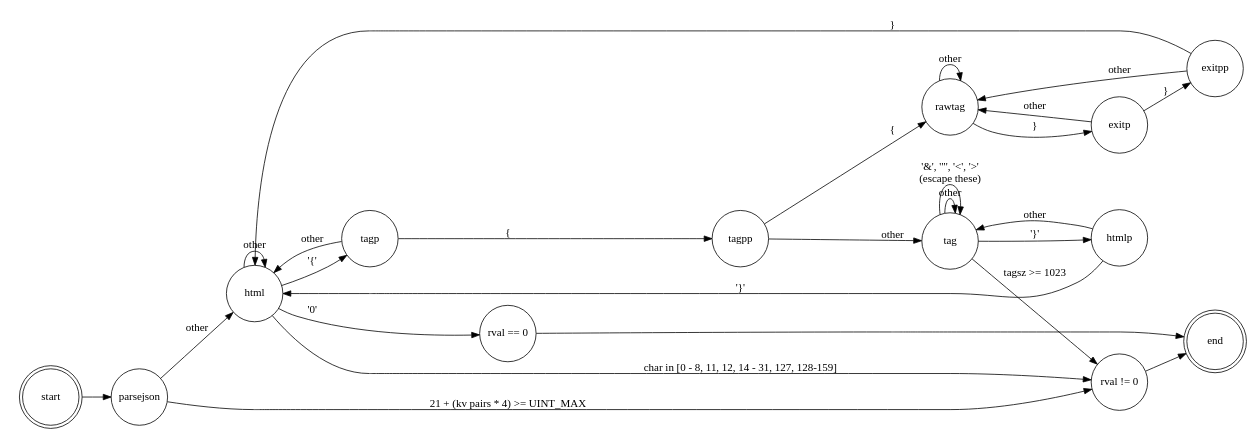
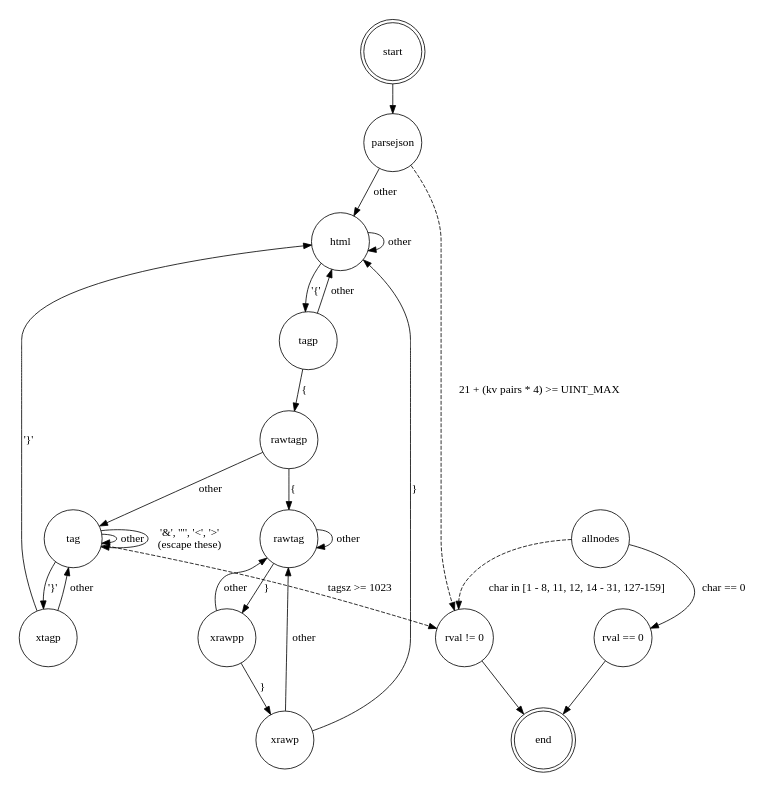
Before and after one commit to mbucc/cmustache: the diagram in doc/state.dot, drawn with Graphviz. The commit also changed 6 other files, not shown here.

```diff
--- a/doc/state.dot
+++ b/doc/state.dot
@@ -1,44 +1,44 @@
 digraph State {
-	rankdir=LR;
 	size="8,5"
+	#rankdir=LR;
 	node [shape = doublecircle,width=1,fixedsize=true]; start, end;
 	node [shape = circle,width=1,fixedsize=true];
-
 	start		-> parsejson;
 
 	parsejson	-> html		[label = "other" ];
-	parsejson	-> "rval != 0"	[label = "21 + (kv pairs * 4) >= UINT_MAX" ];
+	parsejson	-> "rval != 0"	[label = "21 + (kv pairs * 4) >= UINT_MAX",style=dashed ];
 
 	html		-> tagp		[ label = "'{'" ];
 	html		-> html			[ label = "other" ];
-	html		-> "rval == 0"		[ label = "'\0'" ];
-	html 	-> "rval != 0"		[ label = "char in [0 - 8, 11, 12, 14 - 31, 127, 128-159]" ];
 
-	tagp		-> tagpp			[label = "{" ];
+	tagp		-> rawtagp		[label = "{" ];
 	tagp		-> html			[label = "other" ];
 
-	tagpp	-> rawtag			[label = "{" ];
-	tagpp	-> tag			[label = "other" ];
+	rawtagp	-> rawtag			[label = "{" ];
+	rawtagp	-> tag			[label = "other" ];
 
-	htmlp		-> html			[ label = "'}'" ];
-	htmlp		-> tag			[label = "other" ];
+	xtagp		-> html			[ label = "'}'" ];
+	xtagp		-> tag			[label = "other" ];
 
-	rawtag	-> exitp		[label = "}" ];
+	rawtag	-> xrawpp		[label = "}" ];
 	rawtag	-> rawtag		[label = "other" ];
 
-	exitp		-> exitpp		[label = "}" ];
-	exitp		-> rawtag		[label = "other" ];
+	xrawpp		-> xrawp		[label = "}" ];
+	xrawpp		-> rawtag		[label = "other" ];
 
-	exitpp	-> html		[label = "}" ];
-	exitpp	-> rawtag		[label = "other" ];
+	xrawp	-> html		[label = "}" ];
+	xrawp	-> rawtag		[label = "other" ];
 
-	tag		-> htmlp		[ label = "'}'" ];
-	tag		-> "rval != 0"		[ label = "tagsz >= 1023" ];
+	tag		-> xtagp		[ label = "'}'" ];
+	tag		-> "rval != 0"		[ label = "tagsz >= 1023",style=dashed ];
 	tag		-> tag			[ label = "other" ];
 	tag		-> tag			[ label = "'&', '\"', '<', '>'\n(escape these)" ];
+
+	allnodes -> "rval != 0"		[ label = "char in [1 - 8, 11, 12, 14 - 31, 127-159]",style=dashed ];
+	allnodes -> "rval == 0"		[ label = "char == 0" ];
 
 
 	"rval == 0"	-> end;
 	"rval != 0"	-> end;
 
 }
```
